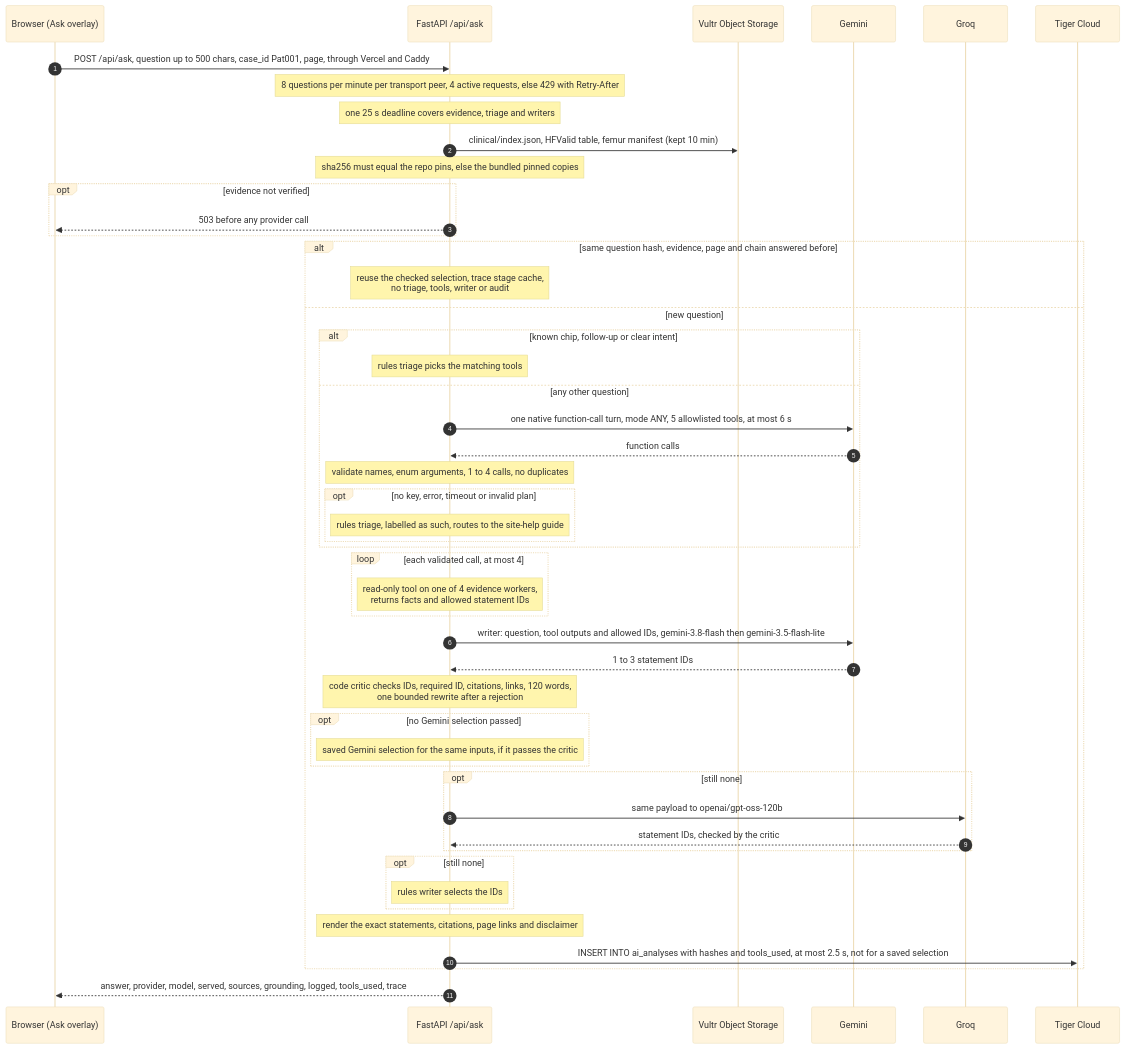
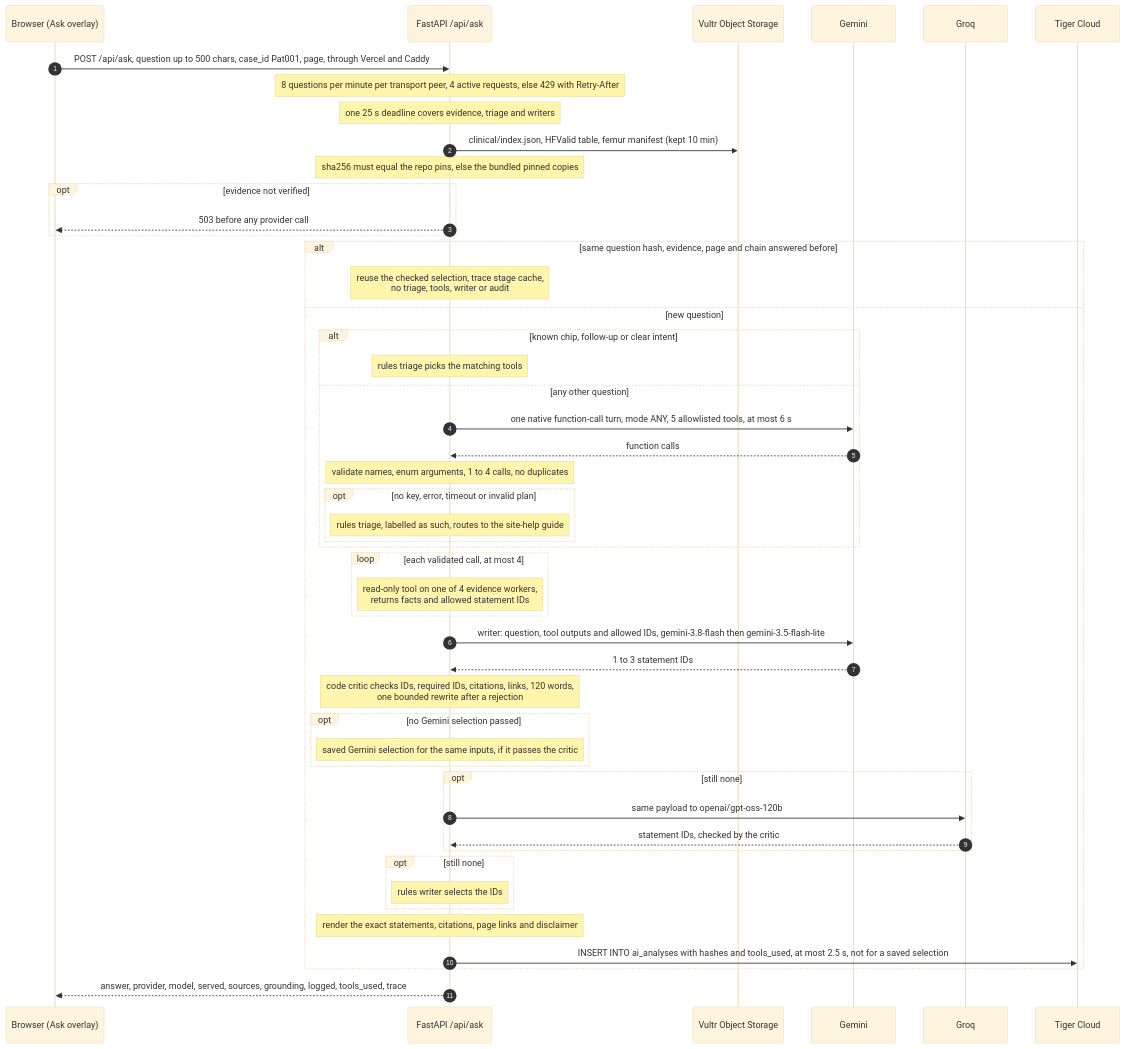
The seventh of 9 diagrams in ARCHITECTURE.md (galitau/Rainbone_prod_hackthevalley11), drawn with Mermaid (base theme) before and after one commit. The commit also changed other lines of this file, not shown here.

Commit message:
docs: align ARCHITECTURE.md with token usage and Ask required IDs on main

````diff
--- a/ARCHITECTURE.md
+++ b/ARCHITECTURE.md
@@ -355,52 +357,52 @@
 ```mermaid
 sequenceDiagram
   autonumber
   participant B as Browser (Ask overlay)
   participant A as FastAPI /api/ask
   participant S as Vultr Object Storage
   participant G as Gemini
   participant Q as Groq
   participant T as Tiger Cloud
 
   B->>A: POST /api/ask, question up to 500 chars, case_id Pat001, page, through Vercel and Caddy
   Note over A: 8 questions per minute per transport peer, 4 active requests, else 429 with Retry-After
   Note over A: one 25 s deadline covers evidence, triage and writers
   A->>S: clinical/index.json, HFValid table, femur manifest (kept 10 min)
   Note over A: sha256 must equal the repo pins, else the bundled pinned copies
   opt evidence not verified
     A-->>B: 503 before any provider call
   end
   alt same question hash, evidence, page and chain answered before
     Note over A: reuse the checked selection, trace stage cache,<br/>no triage, tools, writer or audit
   else new question
     alt known chip, follow-up or clear intent
       Note over A: rules triage picks the matching tools
     else any other question
       A->>G: one native function-call turn, mode ANY, 5 allowlisted tools, at most 6 s
       G-->>A: function calls
       Note over A: validate names, enum arguments, 1 to 4 calls, no duplicates
       opt no key, error, timeout or invalid plan
         Note over A: rules triage, labelled as such, routes to the site-help guide
       end
     end
     loop each validated call, at most 4
       Note over A: read-only tool on one of 4 evidence workers,<br/>returns facts and allowed statement IDs
     end
     A->>G: writer: question, tool outputs and allowed IDs, gemini-3.8-flash then gemini-3.5-flash-lite
     G-->>A: 1 to 3 statement IDs
-    Note over A: code critic checks IDs, required ID, citations, links, 120 words,<br/>one bounded rewrite after a rejection
+    Note over A: code critic checks IDs, required IDs, citations, links, 120 words,<br/>one bounded rewrite after a rejection
     opt no Gemini selection passed
       Note over A: saved Gemini selection for the same inputs, if it passes the critic
     end
     opt still none
       A->>Q: same payload to openai/gpt-oss-120b
       Q-->>A: statement IDs, checked by the critic
     end
     opt still none
       Note over A: rules writer selects the IDs
     end
     Note over A: render the exact statements, citations, page links and disclaimer
     A->>T: INSERT INTO ai_analyses with hashes and tools_used, at most 2.5 s, not for a saved selection
   end
   A-->>B: answer, provider, model, served, sources, grounding, logged, tools_used, trace
 ```
````
